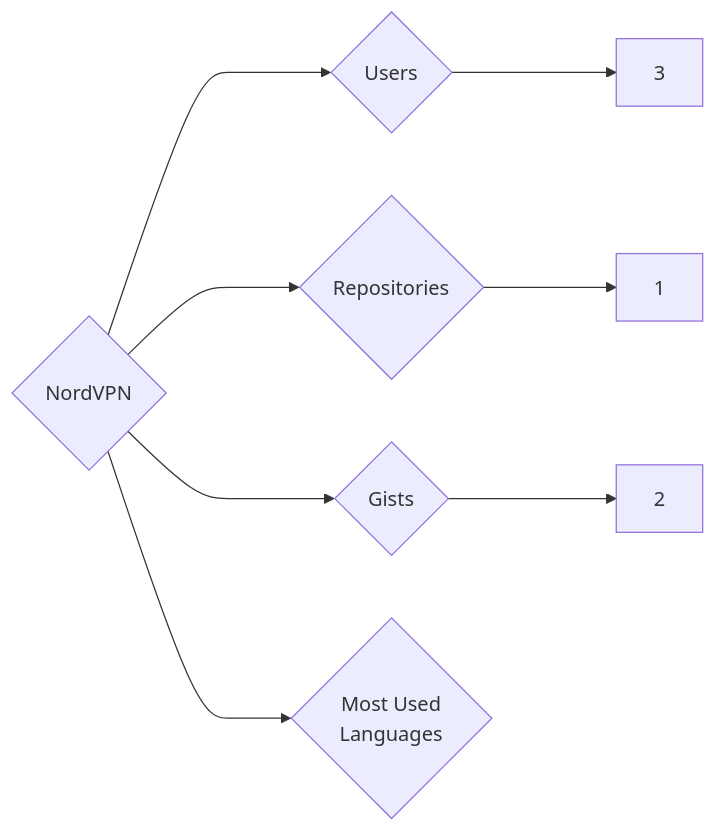
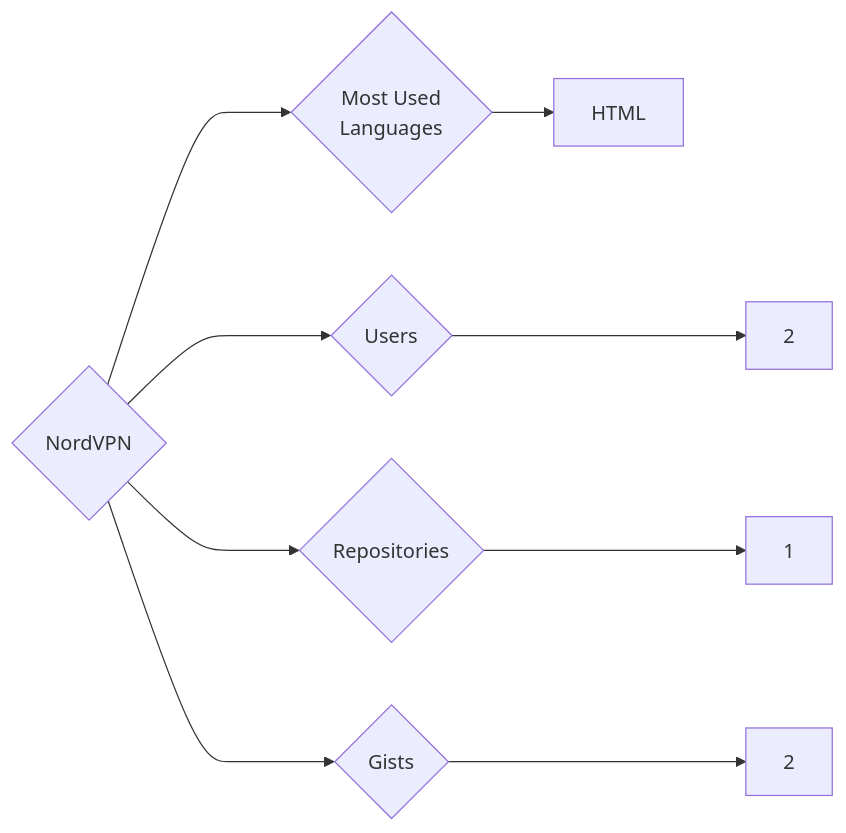
One commit to trickest/insiders changed the diagram in targets/NordVPN/README.md. Above: the diagram before and after it, drawn with Mermaid. The commit also changed 1484 other files, not shown here.

````diff
--- a/targets/NordVPN/README.md
+++ b/targets/NordVPN/README.md
@@ -3,8 +3,9 @@
 ```mermaid
 graph LR
 COMPANY_NAME{NordVPN}
-COMPANY_NAME ---> U{Users} ---> UN[3]
+COMPANY_NAME ---> U{Users} ---> UN[2]
 COMPANY_NAME ---> R{Repositories} ---> RN[1]
 COMPANY_NAME ---> G{Gists} ---> GN[2]
 COMPANY_NAME ---> ML{Most Used<br>Languages}
+ML --> HTML[HTML]
 ```
````
